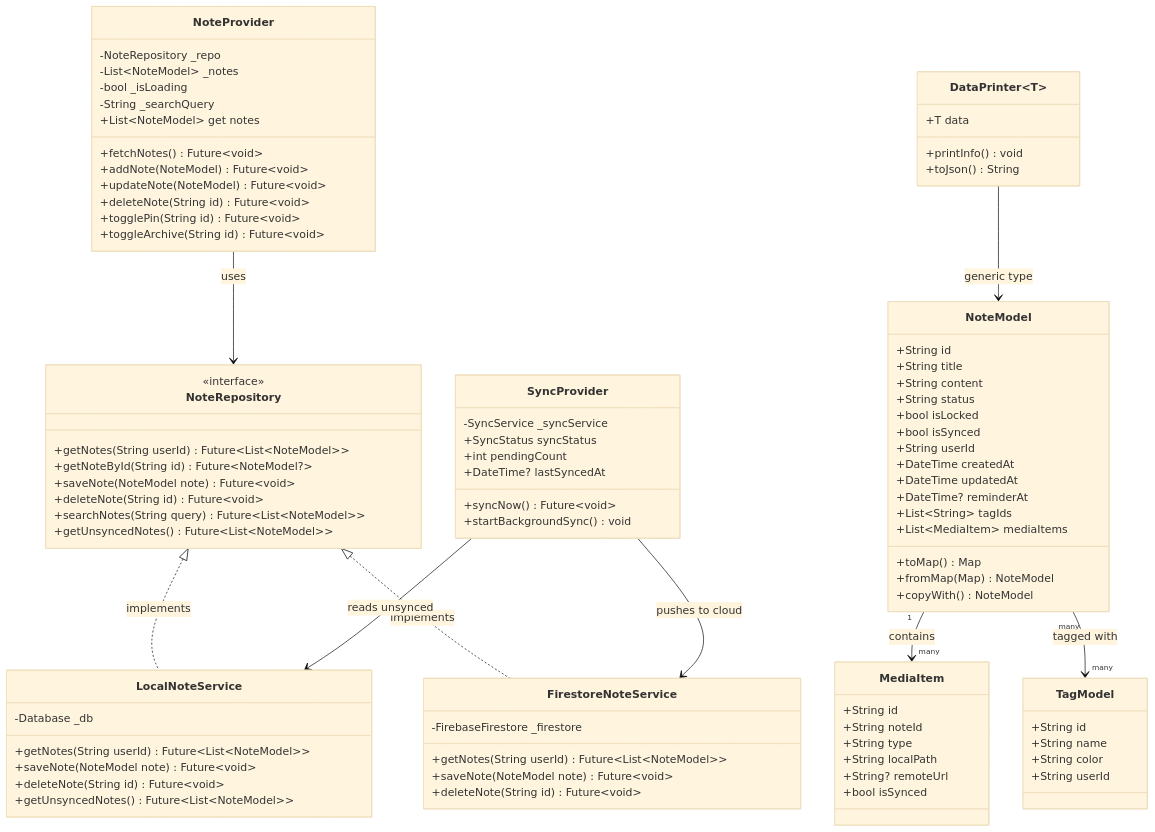
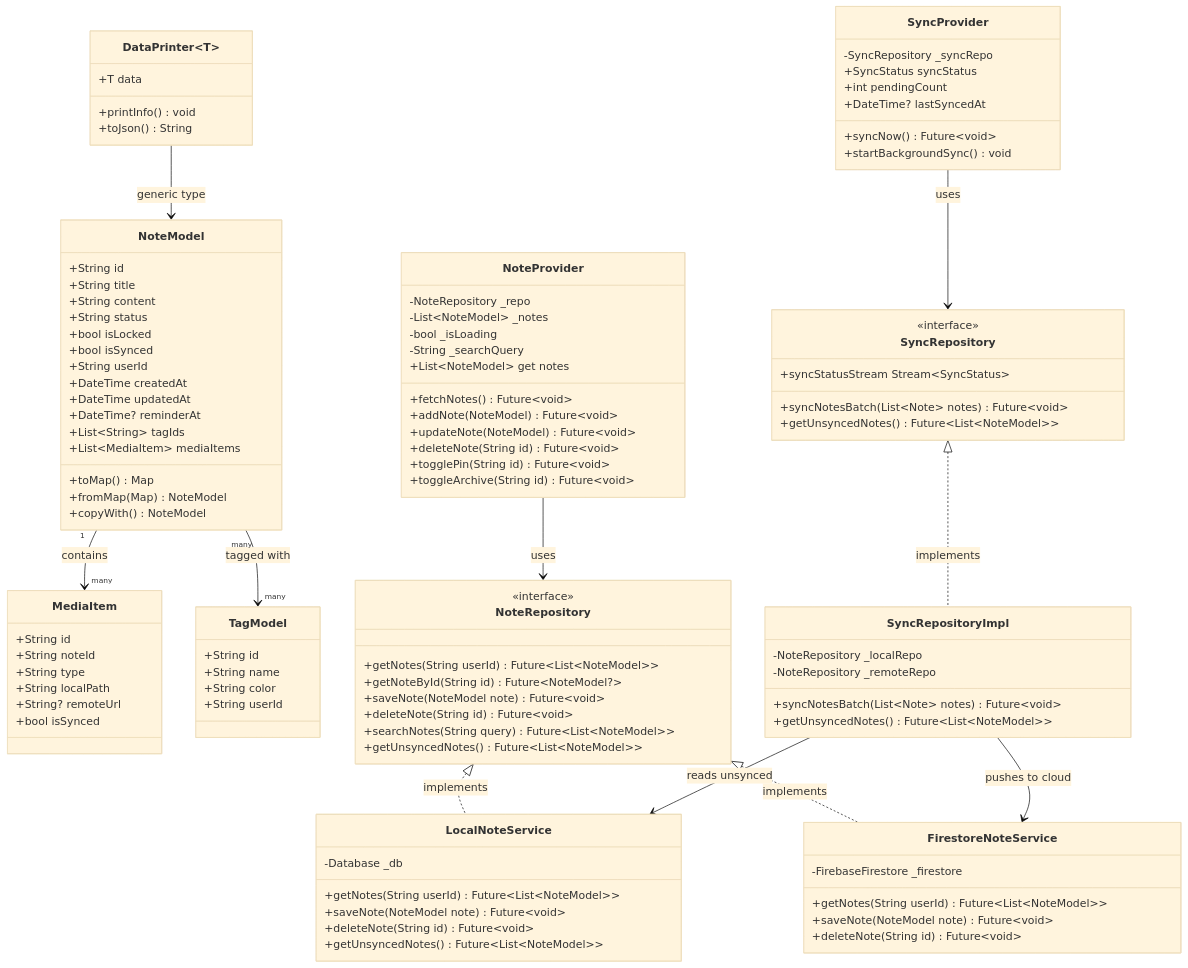
One commit to PVM-05/Smart-Note-App changed the third of 13 diagrams in docs/Architecture_and_Flows.md. Above: the diagram before and after it, drawn with Mermaid (base theme). The commit also changed other lines of this file, not shown here.

Commit message:
docs: update Architecture_and_Flows to v2 with orthogonal FSM and refined diagrams

```diff
--- a/docs/Architecture_and_Flows.md
+++ b/docs/Architecture_and_Flows.md
@@ -186,8 +192,22 @@
         +toggleArchive(String id) Future~void~
     }
 
+    class SyncRepository {
+        <<interface>>
+        +syncNotesBatch(List~Note~ notes) Future~void~
+        +getUnsyncedNotes() Future~List~NoteModel~~
+        +syncStatusStream Stream~SyncStatus~
+    }
+
+    class SyncRepositoryImpl {
+        -NoteRepository _localRepo
+        -NoteRepository _remoteRepo
+        +syncNotesBatch(List~Note~ notes) Future~void~
+        +getUnsyncedNotes() Future~List~NoteModel~~
+    }
+
     class SyncProvider {
-        -SyncService _syncService
+        -SyncRepository _syncRepo
         +SyncStatus syncStatus
         +int pendingCount
         +DateTime? lastSyncedAt
@@ -203,9 +223,11 @@
 
     NoteRepository <|.. LocalNoteService : implements
     NoteRepository <|.. FirestoreNoteService : implements
+    SyncRepository <|.. SyncRepositoryImpl : implements
     NoteProvider --> NoteRepository : uses
-    SyncProvider --> LocalNoteService : reads unsynced
-    SyncProvider --> FirestoreNoteService : pushes to cloud
+    SyncProvider --> SyncRepository : uses
+    SyncRepositoryImpl --> LocalNoteService : reads unsynced
+    SyncRepositoryImpl --> FirestoreNoteService : pushes to cloud
     NoteModel "1" --> "many" MediaItem : contains
     NoteModel "many" --> "many" TagModel : tagged with
     DataPrinter --> NoteModel : generic type
```
